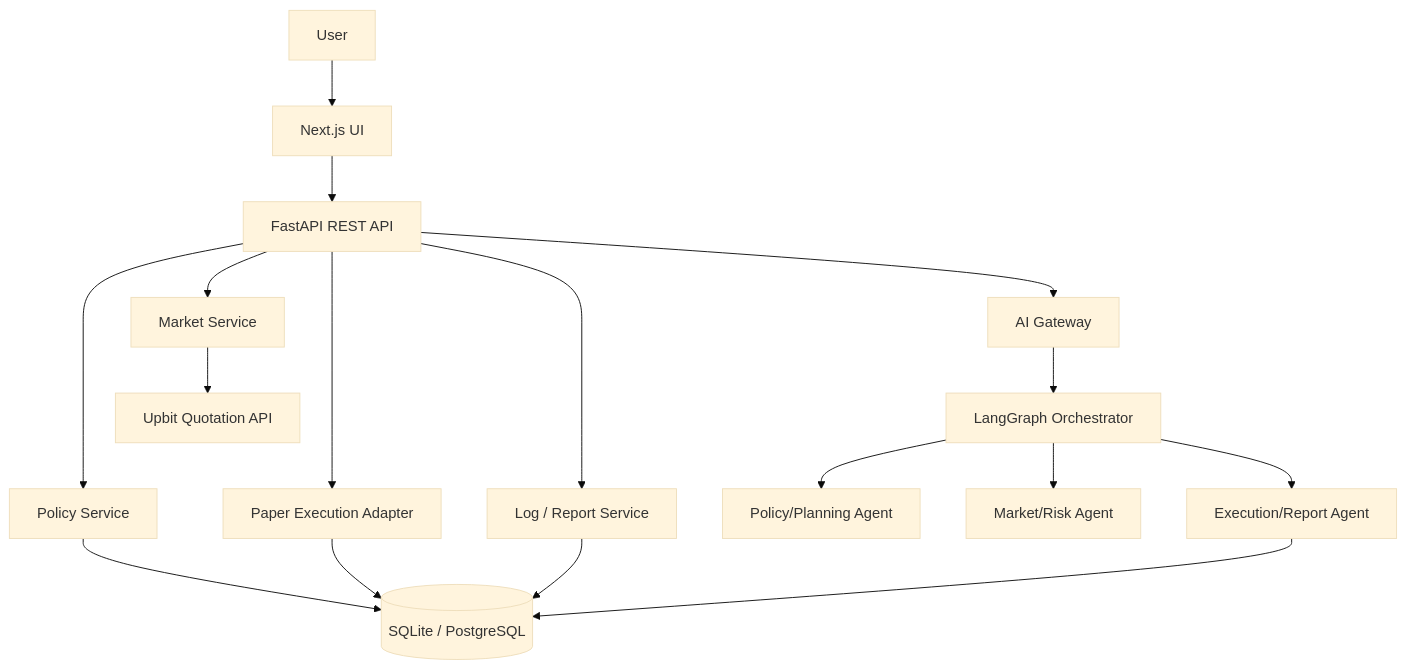
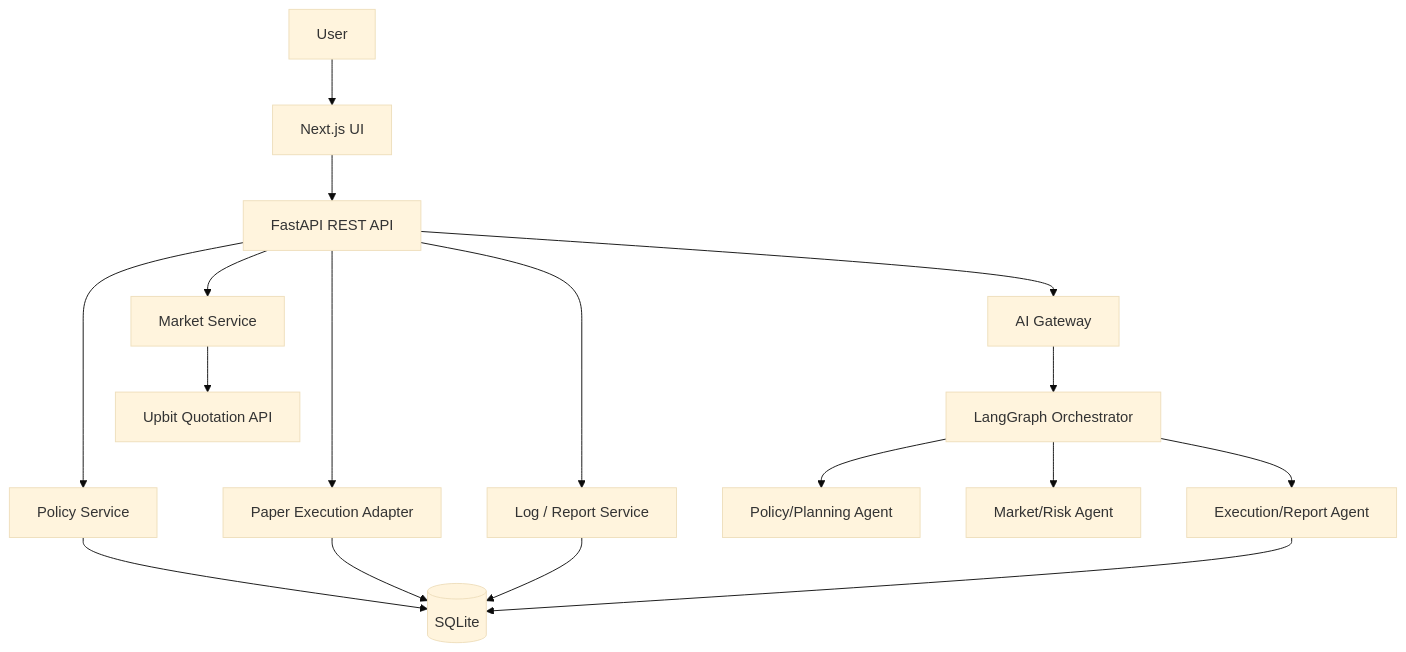
The second of 3 diagrams in ARCHITECTURE.md (UpstageAI/sw-maestro-project), drawn with Mermaid (base theme) before and after one commit. The commit also changed other lines of this file and 8 other files, not shown here.

Commit message:
feat: align docs with local SQLite and HTTP-only architecture

````diff
--- a/ARCHITECTURE.md
+++ b/ARCHITECTURE.md
@@ -48,19 +48,19 @@
 ```mermaid
 flowchart TB
     USER[User] --> UI[Next.js UI]
     UI --> API[FastAPI REST API]
     API --> POLICY[Policy Service]
     API --> MARKET[Market Service]
     API --> EXEC[Paper Execution Adapter]
     API --> LOG[Log / Report Service]
     API --> AIGW[AI Gateway]
     AIGW --> ORCH[LangGraph Orchestrator]
     ORCH --> P[Policy/Planning Agent]
     ORCH --> R[Market/Risk Agent]
     ORCH --> E[Execution/Report Agent]
     MARKET --> UPBIT[Upbit Quotation API]
-    POLICY --> DB[(SQLite / PostgreSQL)]
+    POLICY --> DB[(SQLite)]
     EXEC --> DB
     LOG --> DB
     E --> DB
 ```
````
